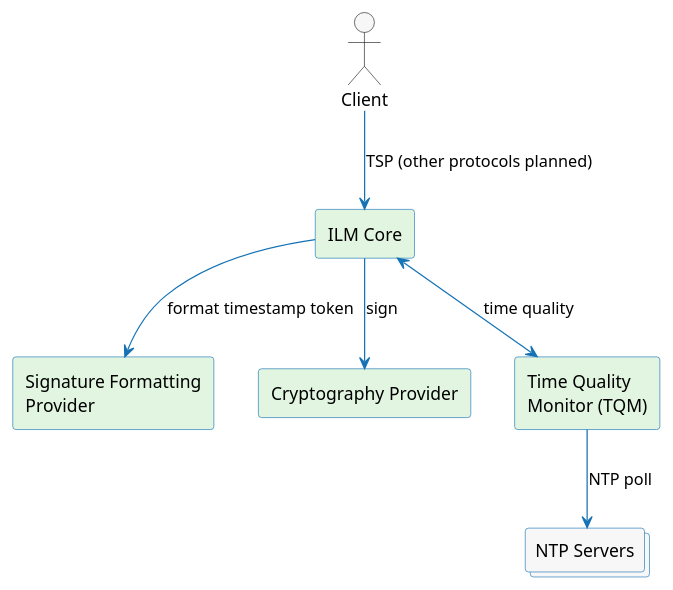
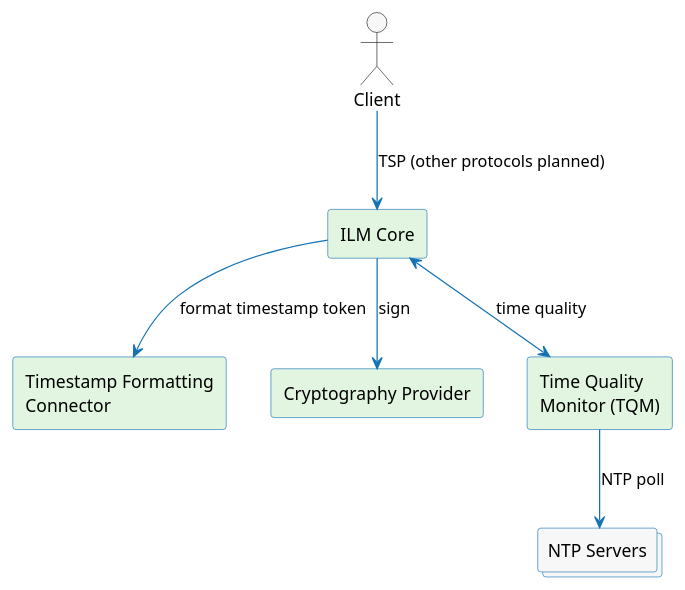
One commit to CZERTAINLY/CZERTAINLY-Documentation changed the diagram in docs/signing/timestamping/overview.md. Above: the diagram before and after it, drawn with PlantUML. The commit also changed other lines of this file and 13 other files, not shown here.

````diff
--- a/docs/signing/timestamping/overview.md
+++ b/docs/signing/timestamping/overview.md
@@ -33,23 +33,23 @@
 ```plantuml
 @startuml
 skinparam ArrowColor #1573B5
 skinparam ComponentBorderColor #1573B5
 skinparam CollectionsBorderColor #1573B5
 skinparam NoteBackgroundColor #F7F7F7
 skinparam defaultFontName sans-serif
 skinparam componentStyle rectangle
 
 actor "Client" as Client #F7F7F7
 component "ILM Core" as Core #E1F5E0
-component "Signature Formatting\nProvider" as Formatter #E1F5E0
+component "Timestamp Formatting\nConnector" as Formatter #E1F5E0
 component "Cryptography Provider" as Token #E1F5E0
 component "Time Quality\nMonitor (TQM)" as TQM #E1F5E0
 collections "NTP Servers" as NTP #F7F7F7
 
 Client -[#1573B5]-> Core : TSP (other protocols planned)
 Core -[#1573B5]-> Formatter : format timestamp token
 Core -[#1573B5]-> Token : sign
 Core <-[#1573B5]-> TQM : time quality
 TQM -[#1573B5]-> NTP : NTP poll
 @enduml
 ```
````
